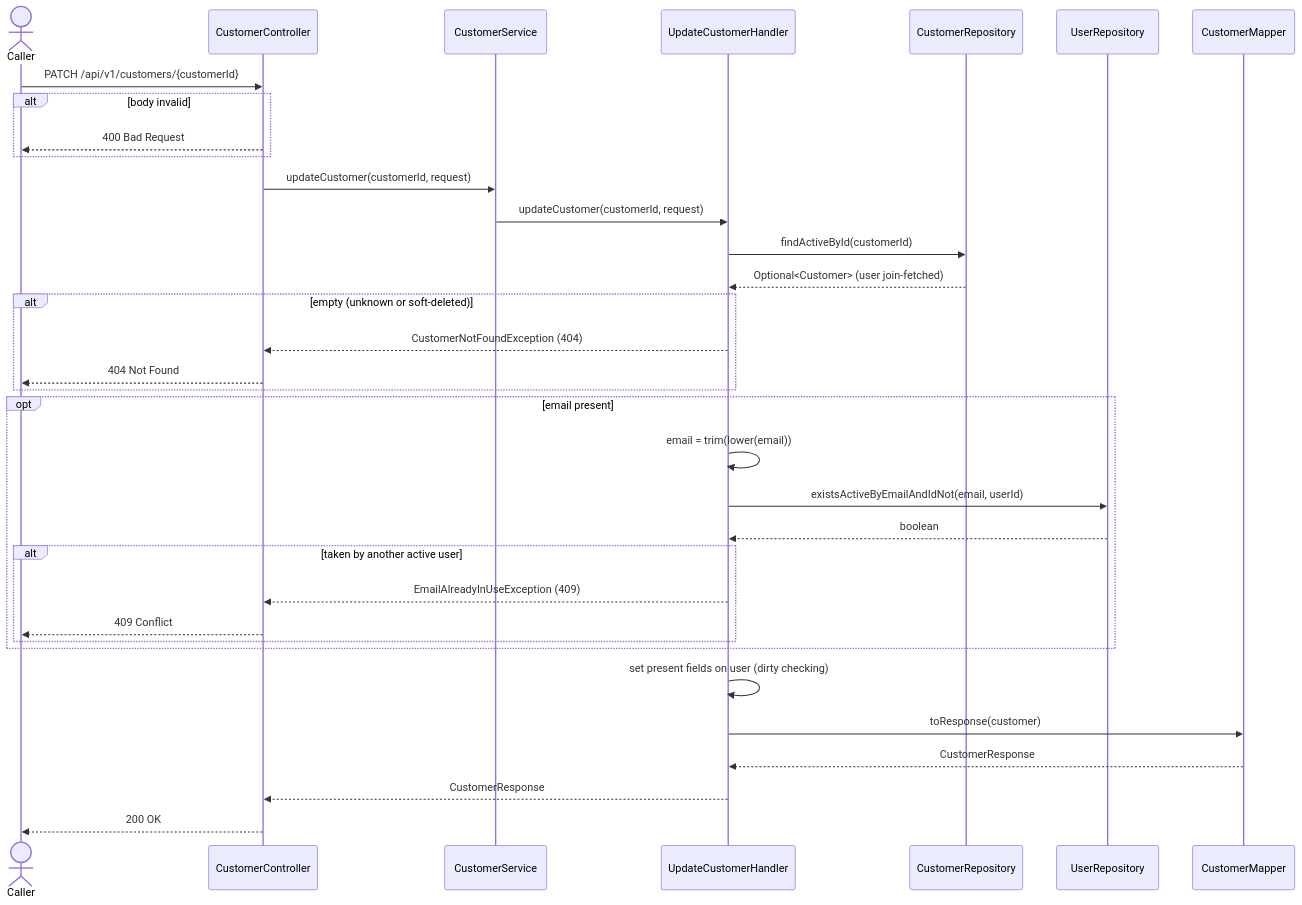
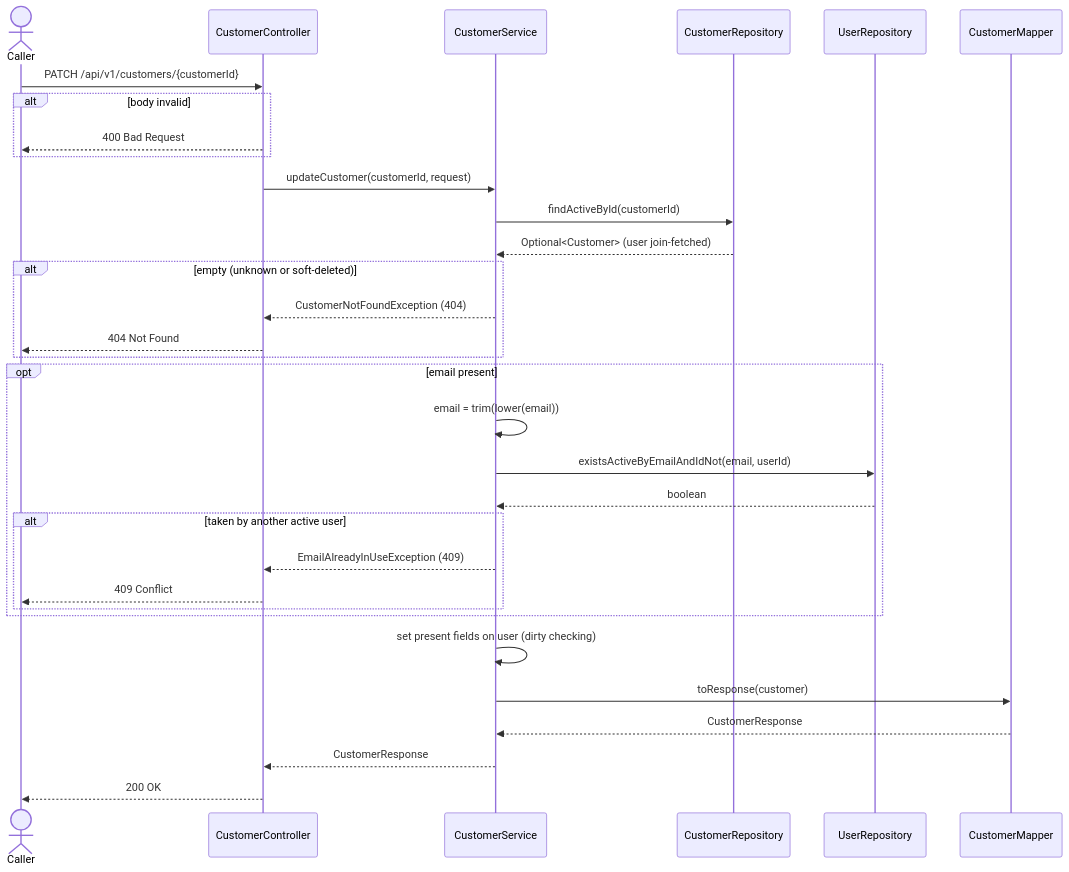
The first of 2 diagrams in restaurant/.docs/use-cases/customer-management/update-customer/update-customer.md (msmohammed0077-cmd/mentorship-restaurant), drawn with Mermaid before and after one commit. The commit also changed other lines of this file and 14 other files, not shown here.

````diff
--- a/restaurant/.docs/use-cases/customer-management/update-customer/update-customer.md
+++ b/restaurant/.docs/use-cases/customer-management/update-customer/update-customer.md
@@ -184,37 +184,35 @@
 ```mermaid
 sequenceDiagram
     actor Caller
     participant C as CustomerController
-    participant S as CustomerService
-    participant H as UpdateCustomerHandler
+    participant H as CustomerService
     participant CR as CustomerRepository
     participant UR as UserRepository
     participant M as CustomerMapper
 
     Caller->>C: PATCH /api/v1/customers/{customerId}
     alt body invalid
         C-->>Caller: 400 Bad Request
     end
-    C->>S: updateCustomer(customerId, request)
-    S->>H: updateCustomer(customerId, request)
+    C->>H: updateCustomer(customerId, request)
     H->>CR: findActiveById(customerId)
     CR-->>H: Optional<Customer> (user join-fetched)
     alt empty (unknown or soft-deleted)
         H-->>C: CustomerNotFoundException (404)
         C-->>Caller: 404 Not Found
     end
     opt email present
         H->>H: email = trim(lower(email))
         H->>UR: existsActiveByEmailAndIdNot(email, userId)
         UR-->>H: boolean
         alt taken by another active user
             H-->>C: EmailAlreadyInUseException (409)
             C-->>Caller: 409 Conflict
         end
     end
     H->>H: set present fields on user (dirty checking)
     H->>M: toResponse(customer)
     M-->>H: CustomerResponse
     H-->>C: CustomerResponse
     C-->>Caller: 200 OK
 ```
````
